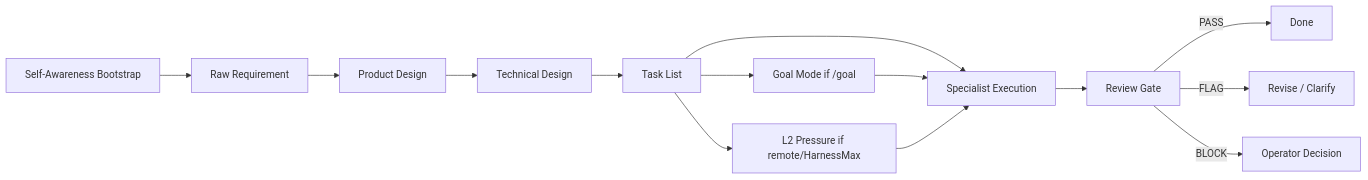
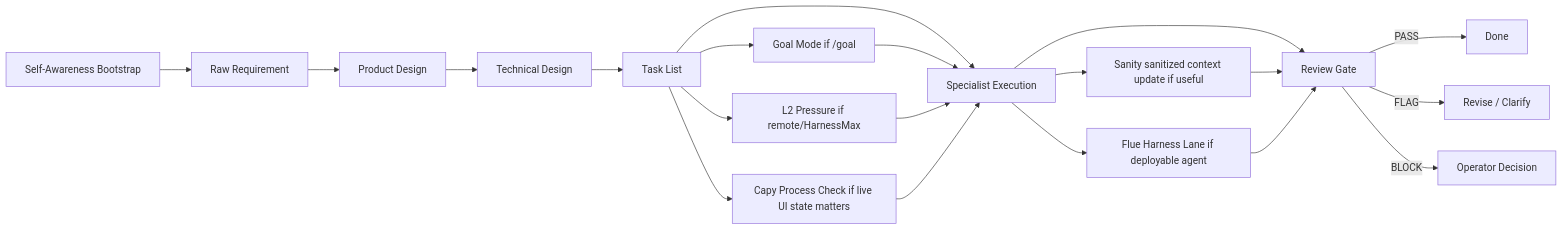
The diagram in SYNTHESIS.md (Fearvox/multica-ultimate-workbench), drawn with Mermaid before and after one commit. The commit also changed other lines of this file and 18 other files, not shown here.

````diff
--- a/SYNTHESIS.md
+++ b/SYNTHESIS.md
@@ -23,16 +31,22 @@
 ```mermaid
 flowchart LR
   Z["Self-Awareness Bootstrap"] --> A["Raw Requirement"]
   A --> B["Product Design"]
   B --> C["Technical Design"]
   C --> D["Task List"]
   D --> E["Specialist Execution"]
   D --> J["Goal Mode if /goal"]
   D --> K["L2 Pressure if remote/HarnessMax"]
+  D --> M["Capy Process Check if live UI state matters"]
   J --> E
   K --> E
+  M --> E
   E --> F["Review Gate"]
+  E --> N["Sanity sanitized context update if useful"]
+  E --> L["Flue Harness Lane if deployable agent"]
+  N --> F
+  L --> F
   F -->|PASS| G["Done"]
   F -->|FLAG| H["Revise / Clarify"]
   F -->|BLOCK| I["Operator Decision"]
 ```
````
